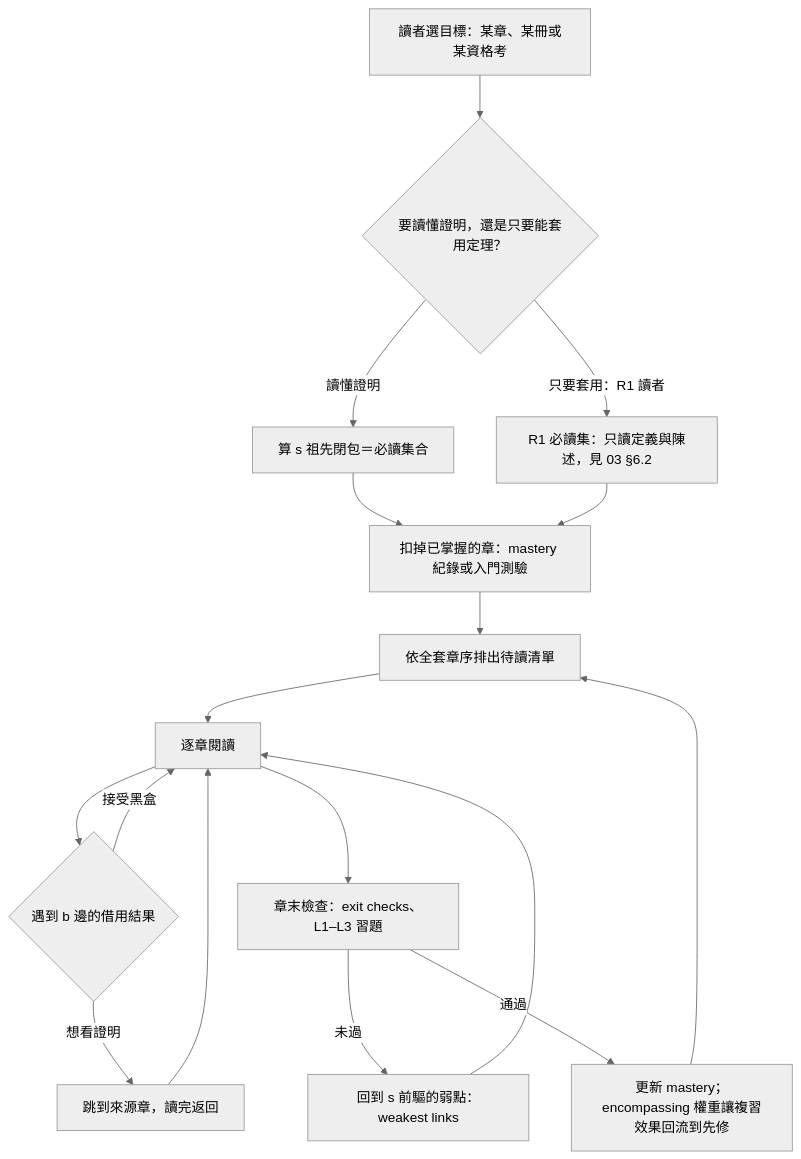
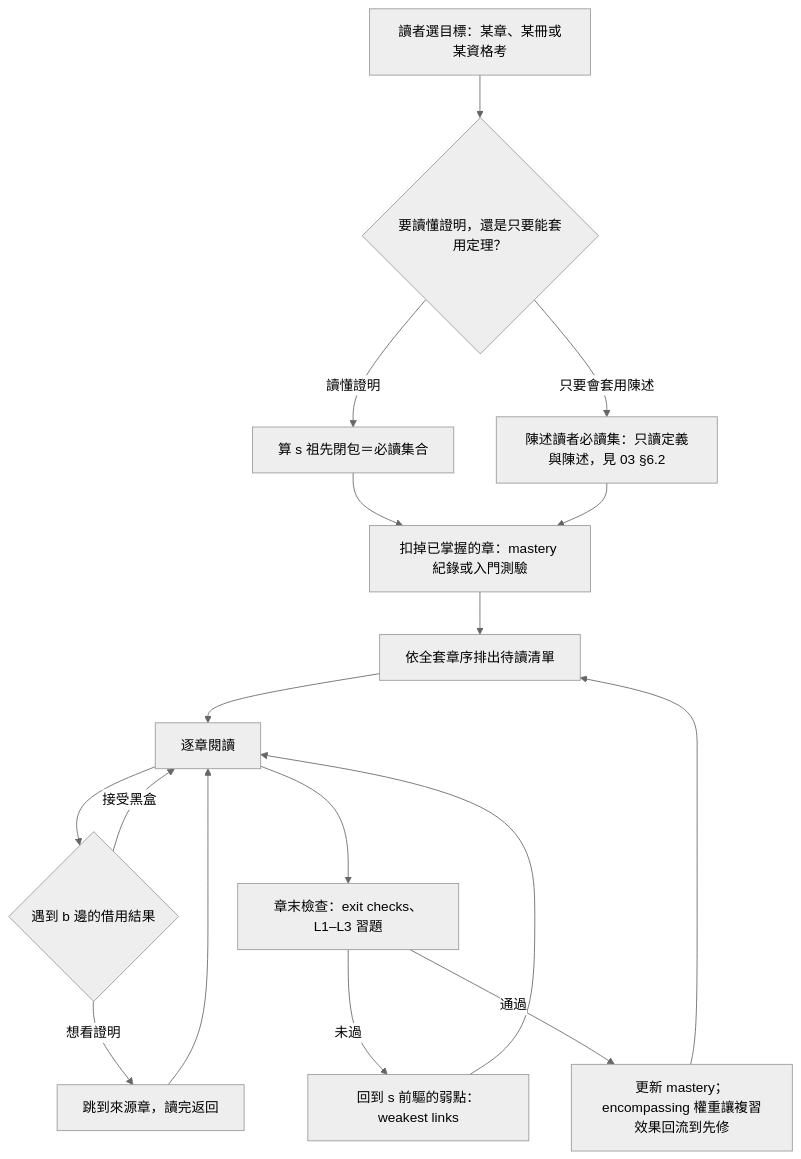
One commit to AkizumiFox/math-atlas changed the fifth of 6 diagrams in spec/04-flows.md. Above: the diagram before and after it, drawn with Mermaid (neutral theme). The commit also changed other lines of this file and 8 other files, not shown here.

````diff
--- a/spec/04-flows.md
+++ b/spec/04-flows.md
@@ -83,18 +83,18 @@
 ```mermaid
 flowchart TD
   A[讀者選目標：某章、某冊或某資格考] --> Q{要讀懂證明，還是只要能套用定理？}
   Q -- 讀懂證明 --> B[算 s 祖先閉包＝必讀集合]
-  Q -- 只要套用：R1 讀者 --> B1[R1 必讀集：只讀定義與陳述，見 03 §6.2]
+  Q -- 只要會套用陳述 --> B1[陳述讀者必讀集：只讀定義與陳述，見 03 §6.2]
   B --> C[扣掉已掌握的章：mastery 紀錄或入門測驗]
   B1 --> C
   C --> D[依全套章序排出待讀清單]
   D --> E[逐章閱讀]
   E --> F{遇到 b 邊的借用結果}
   F -- 接受黑盒 --> E
   F -- 想看證明 --> G[跳到來源章，讀完返回]
   G --> E
   E --> H[章末檢查：exit checks、L1–L3 習題]
   H -- 未過 --> I[回到 s 前驅的弱點：weakest links] --> E
   H -- 通過 --> J[更新 mastery；encompassing 權重讓複習效果回流到先修]
   J --> D
 ```
````
